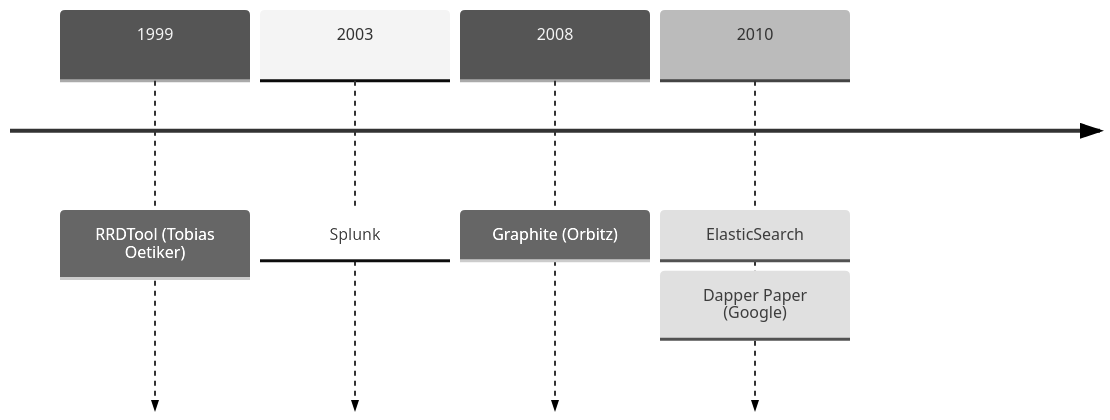
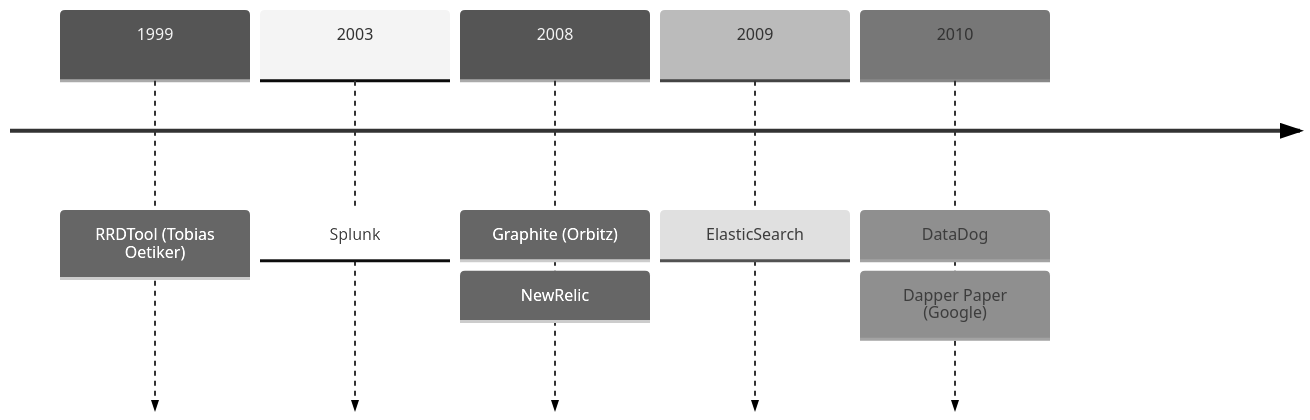
Before and after one commit to Jaykul/DevOps2025: the first of 4 diagrams in talks/OpenTelemetry/slides.md, drawn with Mermaid (neutral theme). The commit also changed other lines of this file and 7 other files, not shown here.

````diff
--- a/talks/OpenTelemetry/slides.md
+++ b/talks/OpenTelemetry/slides.md
@@ -142,8 +103,10 @@
-```mermaid {theme: 'dark'}
+```mermaid {theme: 'dark', themeVariables: { 'cScale0': '#01A0E4', 'cScaleLabel0': '#000', 'cScale1': '#00A8B5', 'cScaleLabel1': '#000', 'cScale2': '#01A252', 'cScaleLabel2': '#000', cScale3: '#85C53D', cScaleLabel3: '#000', cScale4: '#EAE230', cScaleLabel4: '#000', cScale5: '#FCC03B', cScaleLabel5: '#000'}}
 timeline
     1999 : RRDTool (Tobias Oetiker)
     2003 : Splunk
     2008 : Graphite (Orbitz)
-    2010 : ElasticSearch
+         : NewRelic
+    2009 : ElasticSearch
+    2010 : DataDog
          : Dapper Paper (Google)
 ```
````
